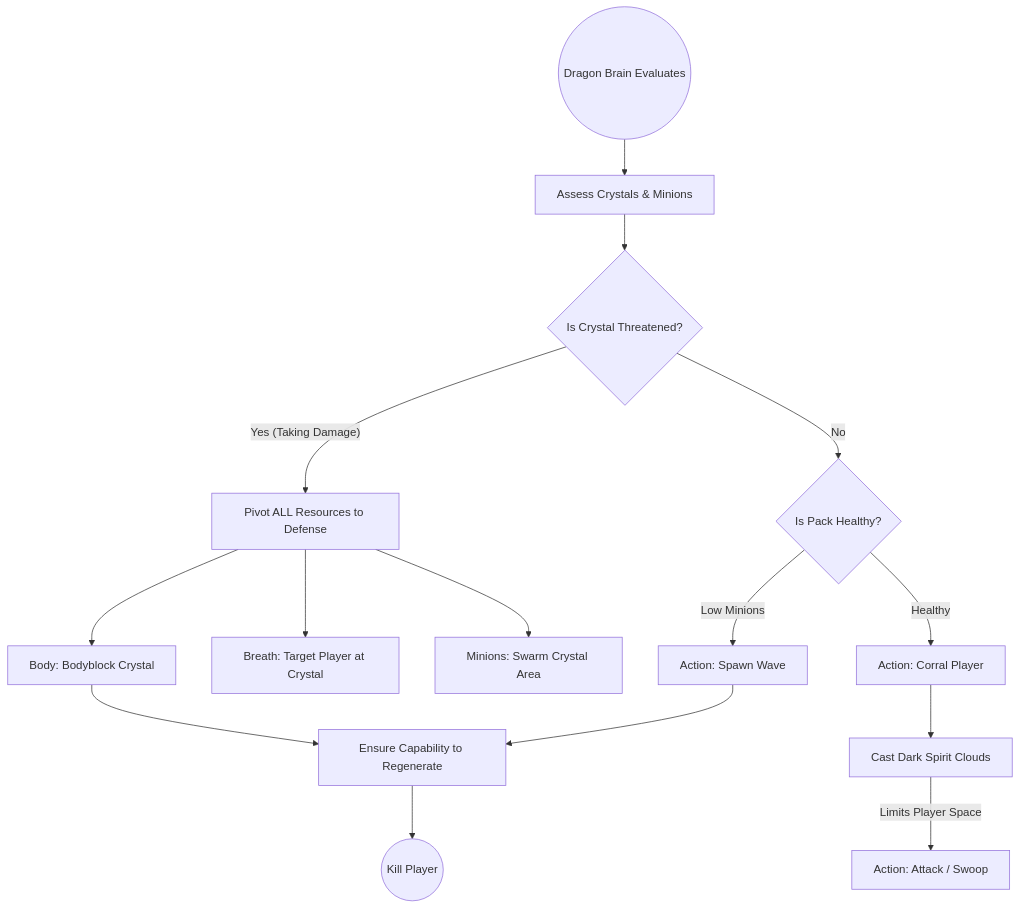
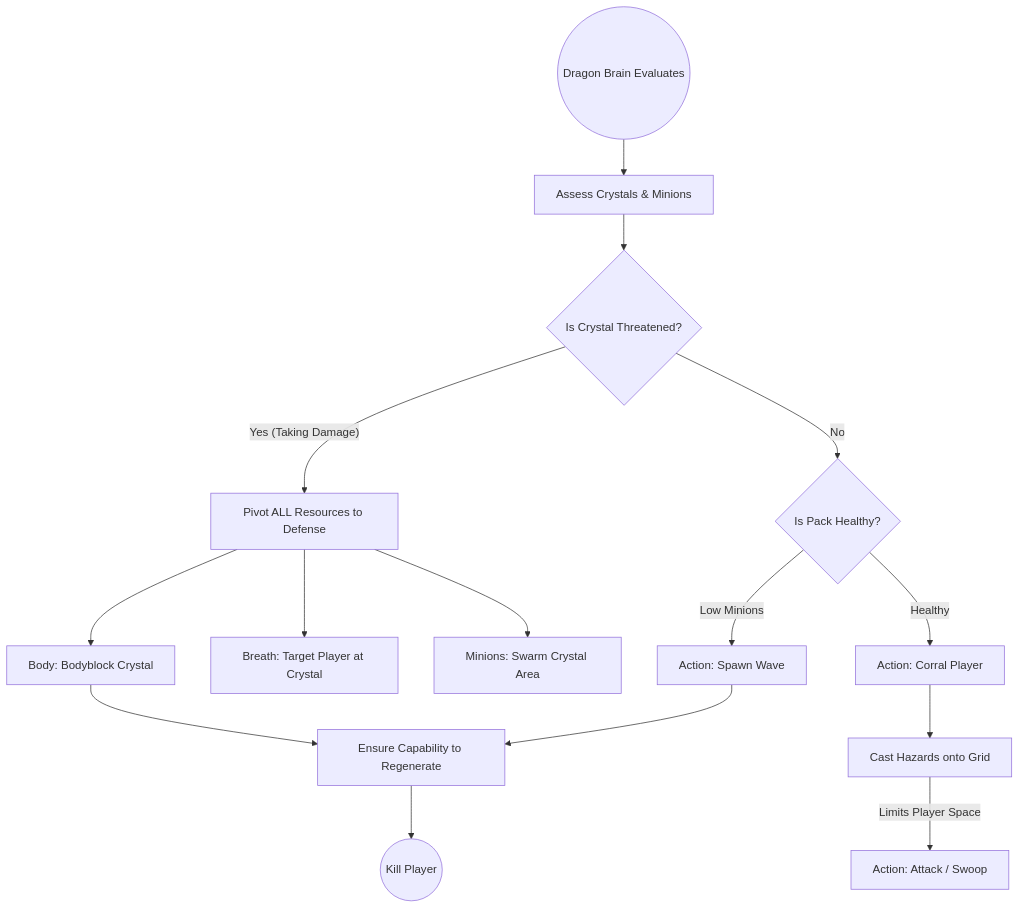
The second of 5 diagrams in Quest_Machine_Dragon_Brain_Docs.md (NatalieC001/dragonDump), drawn with Mermaid before and after one commit. The commit also changed other lines of this file, not shown here.

````diff
--- a/Quest_Machine_Dragon_Brain_Docs.md
+++ b/Quest_Machine_Dragon_Brain_Docs.md
@@ -64,22 +64,22 @@
 ```mermaid
 graph TD
     StartDragon((Dragon Brain Evaluates)) --> CheckSupplyLines[Assess Crystals & Minions]
     
     CheckSupplyLines --> IsCrystalSafe{Is Crystal Threatened?}
     IsCrystalSafe -- Yes (Taking Damage) --> PivotToDefense[Pivot ALL Resources to Defense]
     IsCrystalSafe -- No --> ManagePack{Is Pack Healthy?}
     
     PivotToDefense --> CommandBody[Body: Bodyblock Crystal]
     PivotToDefense --> CommandBreath[Breath: Target Player at Crystal]
     PivotToDefense --> CommandMinions[Minions: Swarm Crystal Area]
     
     ManagePack -- Low Minions --> SpawnMinions[Action: Spawn Wave]
     ManagePack -- Healthy --> CorralPlayer[Action: Corral Player]
     
-    CorralPlayer --> CastClouds[Cast Dark Spirit Clouds]
+    CorralPlayer --> CastClouds[Cast Hazards onto Grid]
     CastClouds -->|Limits Player Space| ExecuteAttack[Action: Attack / Swoop]
     
     CommandBody --> ProtectRecovery[Ensure Capability to Regenerate]
     SpawnMinions --> ProtectRecovery
     ProtectRecovery --> KillPlayer((Kill Player))
 ```
````
